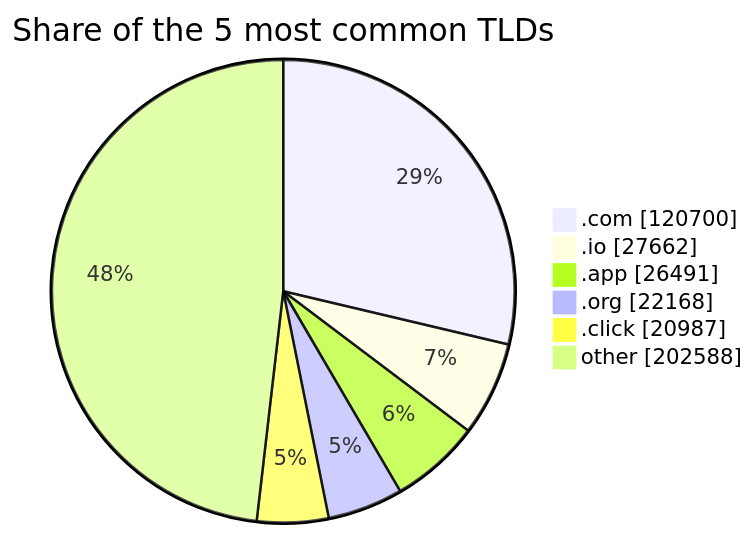
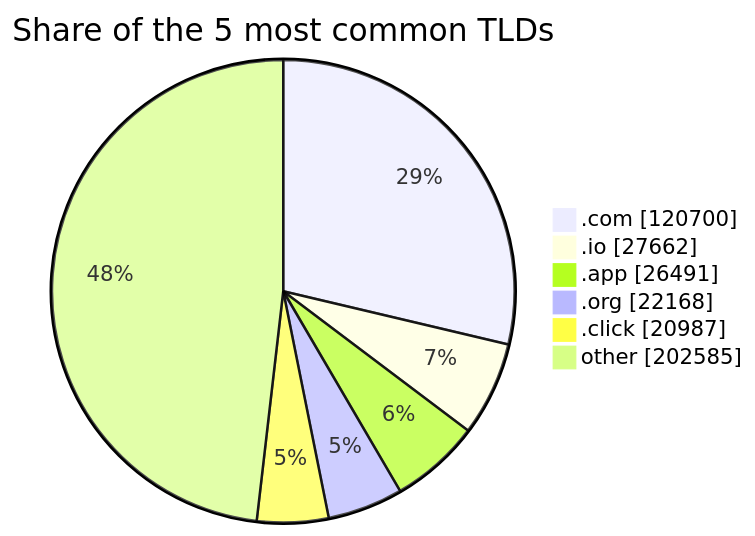
The third of 3 diagrams in README.md (DNSBunker/CTI), drawn with Mermaid before and after one commit. The commit also changed other lines of this file and 3 other files, not shown here.

````diff
--- a/README.md
+++ b/README.md
@@ -81,9 +81,9 @@
 ```mermaid
 pie showData title Share of the 5 most common TLDs
     ".com" : 120700
     ".io" : 27662
     ".app" : 26491
     ".org" : 22168
     ".click" : 20987
-    "other" : 202588
+    "other" : 202585
 ```
````
